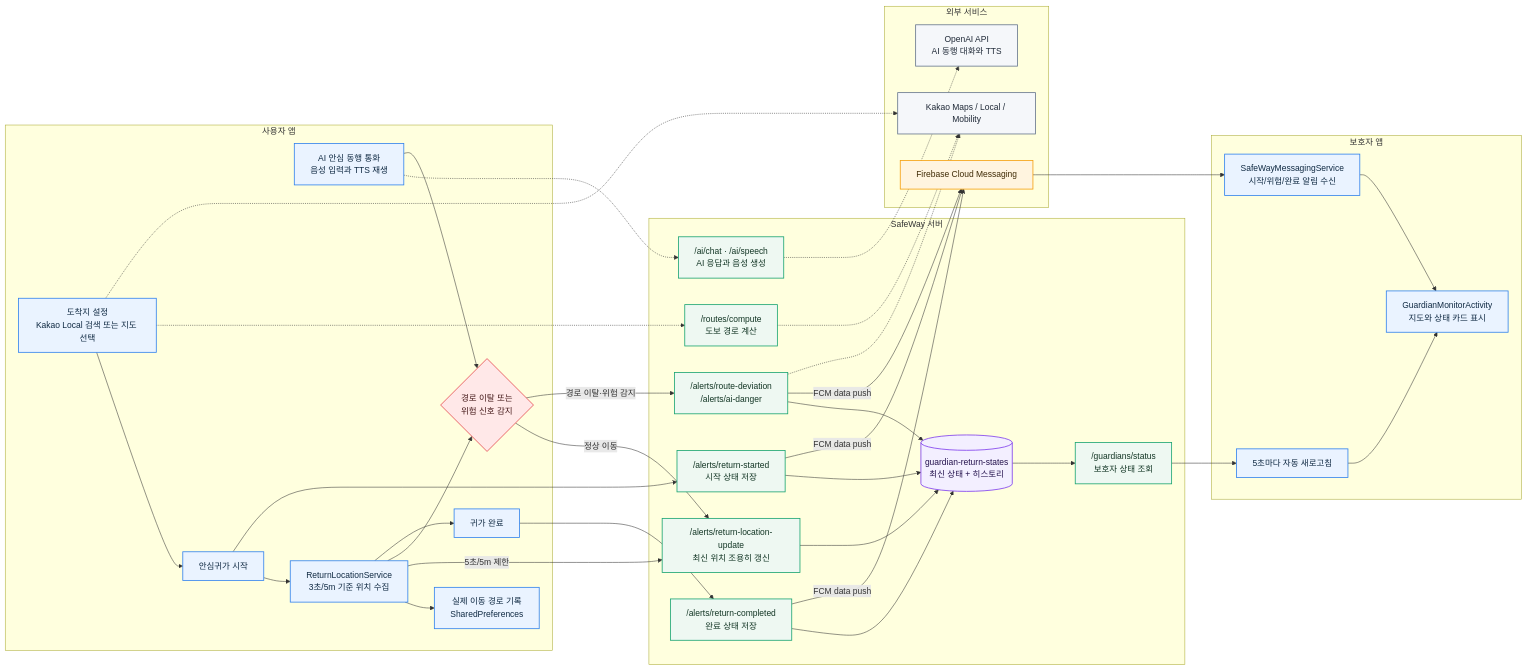
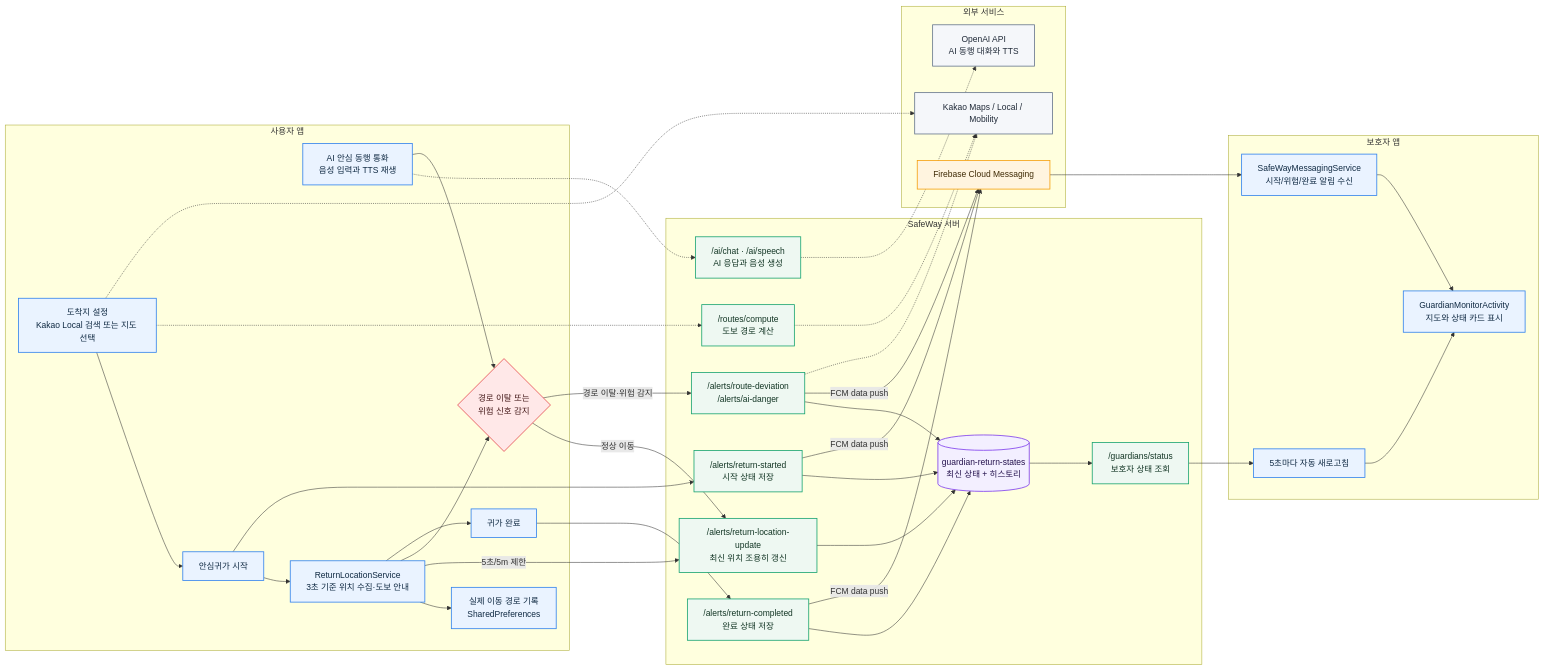
Before and after one commit to juuu-sung/SafeWay: the diagram in README.md, drawn with Mermaid. The commit also changed other lines of this file and 19 other files, not shown here.

```diff
--- a/README.md
+++ b/README.md
@@ -59,7 +92,7 @@
         RouteSetup["도착지 설정<br/>Kakao Local 검색 또는 지도 선택"]
         AiCall["AI 안심 동행 통화<br/>음성 입력과 TTS 재생"]
         ReturnStart["안심귀가 시작"]
-        LocationService["ReturnLocationService<br/>3초/5m 기준 위치 수집"]
+        LocationService["ReturnLocationService<br/>3초 기준 위치 수집·도보 안내"]
         LocalRecord["실제 이동 경로 기록<br/>SharedPreferences"]
         DeviationCheck{"경로 이탈 또는<br/>위험 신호 감지"}
         Complete["귀가 완료"]
```
